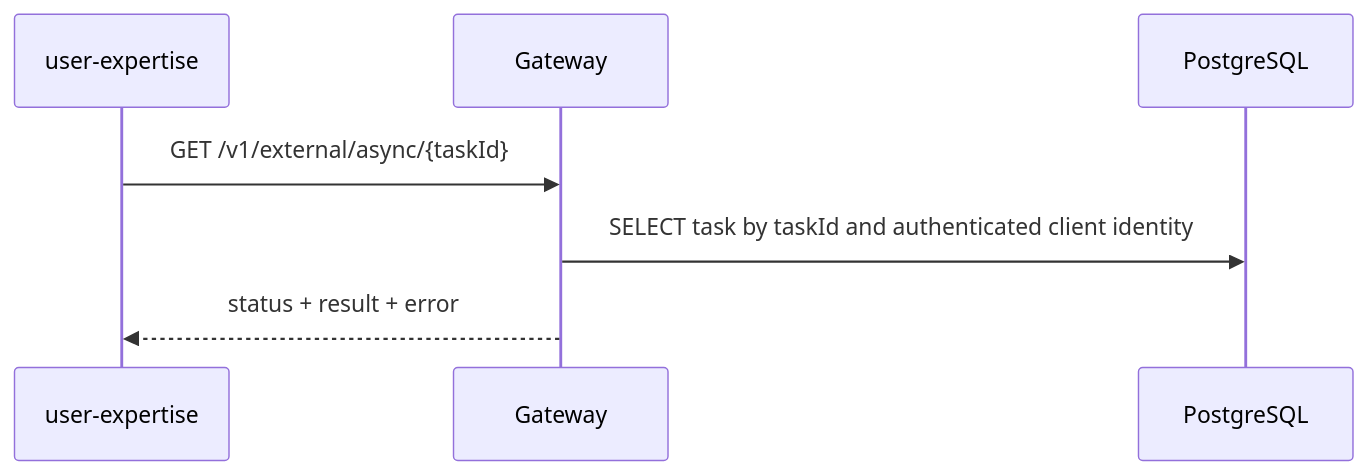
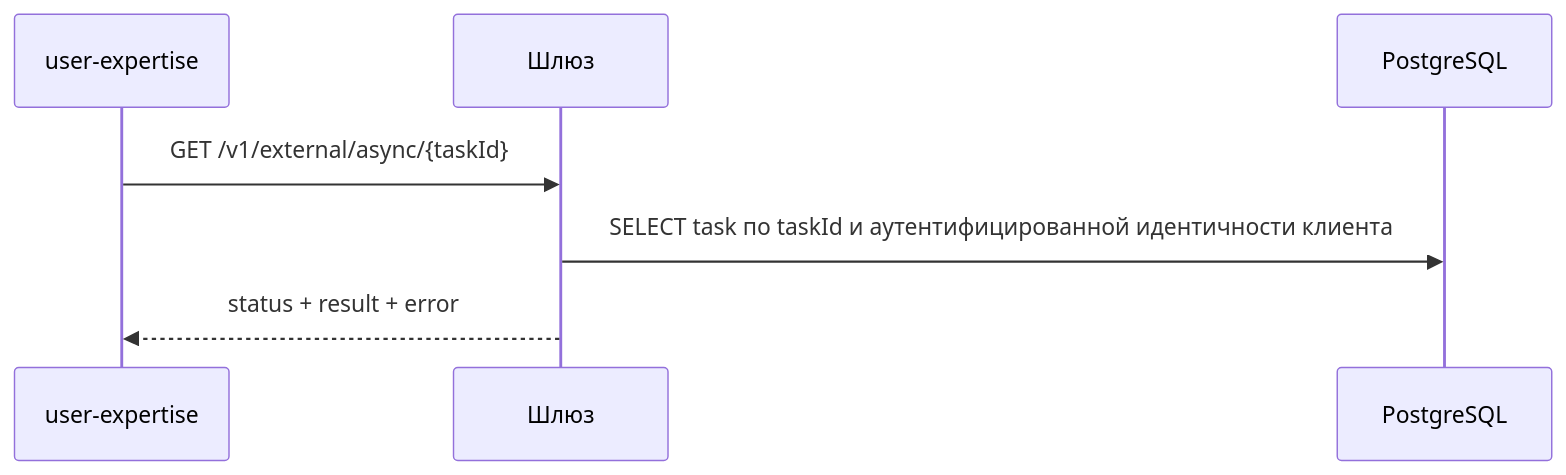
Before and after one commit to DenisVanin4402/TestQwenCli: the fourth of 4 diagrams in docs/external-service-gateway/README.md, drawn with Mermaid. The commit also changed other lines of this file and 17 other files, not shown here.

````diff
--- a/docs/external-service-gateway/README.md
+++ b/docs/external-service-gateway/README.md
@@ -192,10 +192,10 @@
 ```mermaid
 sequenceDiagram
     participant C as user-expertise
-    participant G as Gateway
+    participant G as Шлюз
     participant DB as PostgreSQL
 
     C->>G: GET /v1/external/async/{taskId}
-    G->>DB: SELECT task by taskId and authenticated client identity
+    G->>DB: SELECT task по taskId и аутентифицированной идентичности клиента
     G-->>C: status + result + error
 ```
````
